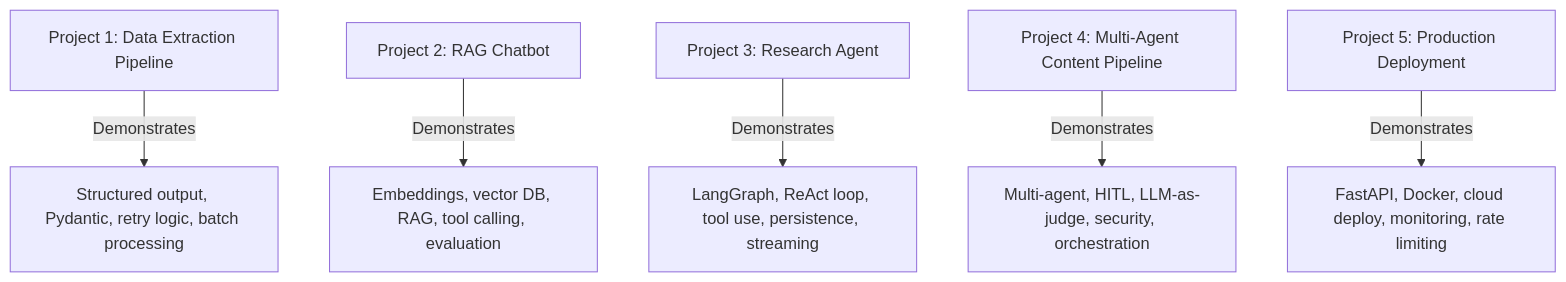
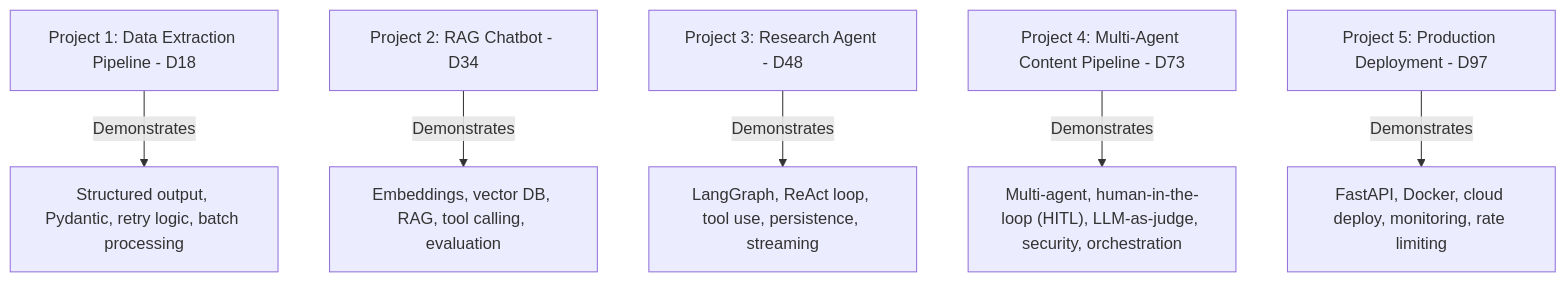
The diagram in Phase_8_Career_Launch/Day_100_career_launch/career_launch.md (akshkr/akashnotes), drawn with Mermaid before and after one commit. The commit also changed other lines of this file and 95 other files, not shown here.

````diff
--- a/Phase_8_Career_Launch/Day_100_career_launch/career_launch.md
+++ b/Phase_8_Career_Launch/Day_100_career_launch/career_launch.md
@@ -38,14 +38,14 @@
 ```mermaid
 graph TD
-    P1[Project 1: Data Extraction Pipeline]
-    P2[Project 2: RAG Chatbot]
-    P3[Project 3: Research Agent]
-    P4[Project 4: Multi-Agent Content Pipeline]
-    P5[Project 5: Production Deployment]
+    P1[Project 1: Data Extraction Pipeline - D18]
+    P2[Project 2: RAG Chatbot - D34]
+    P3[Project 3: Research Agent - D48]
+    P4[Project 4: Multi-Agent Content Pipeline - D73]
+    P5[Project 5: Production Deployment - D97]
 
     P1 --> |"Demonstrates"| S1["Structured output, Pydantic, retry logic, batch processing"]
     P2 --> |"Demonstrates"| S2["Embeddings, vector DB, RAG, tool calling, evaluation"]
     P3 --> |"Demonstrates"| S3["LangGraph, ReAct loop, tool use, persistence, streaming"]
-    P4 --> |"Demonstrates"| S4["Multi-agent, HITL, LLM-as-judge, security, orchestration"]
+    P4 --> |"Demonstrates"| S4["Multi-agent, human-in-the-loop (HITL), LLM-as-judge, security, orchestration"]
     P5 --> |"Demonstrates"| S5["FastAPI, Docker, cloud deploy, monitoring, rate limiting"]
 ```
````
